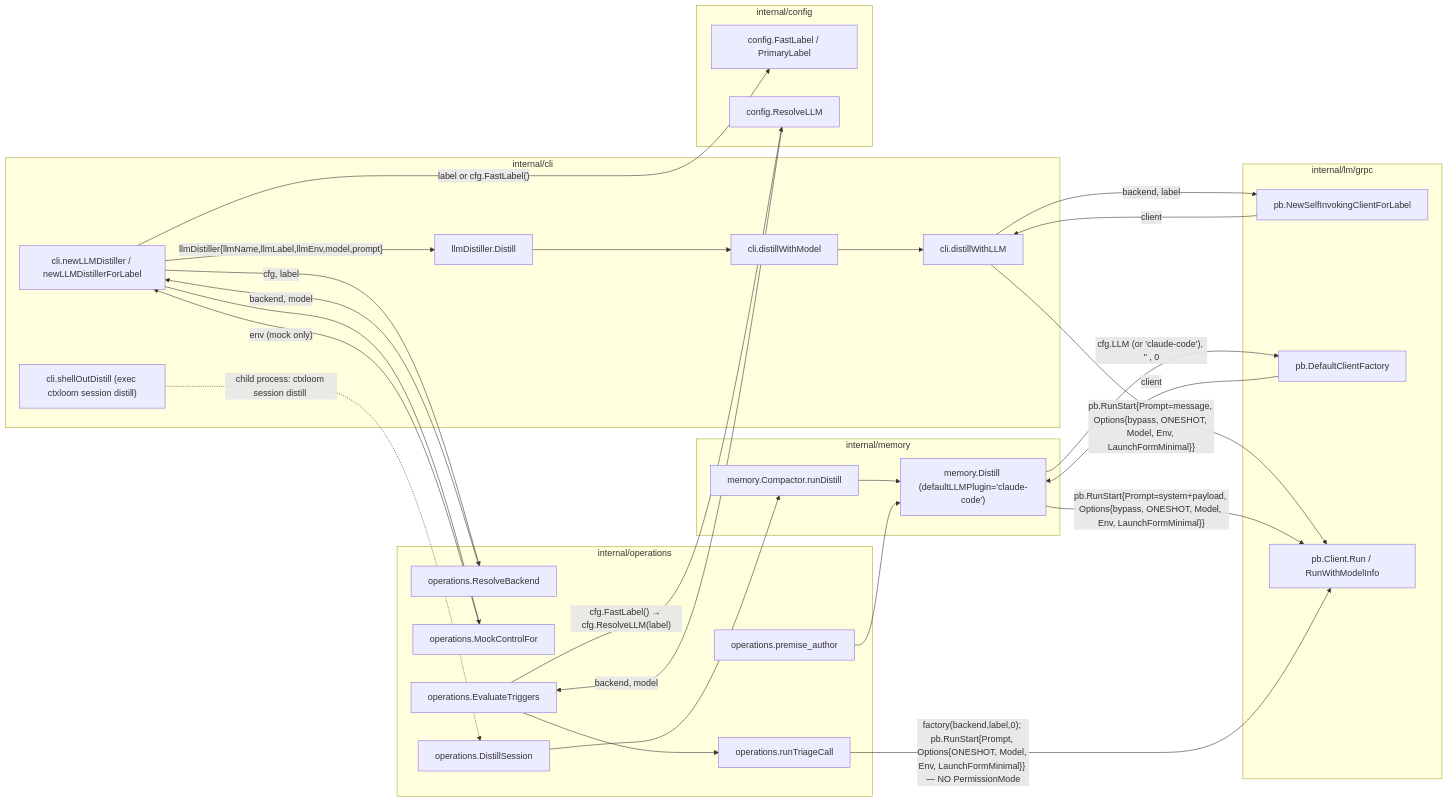
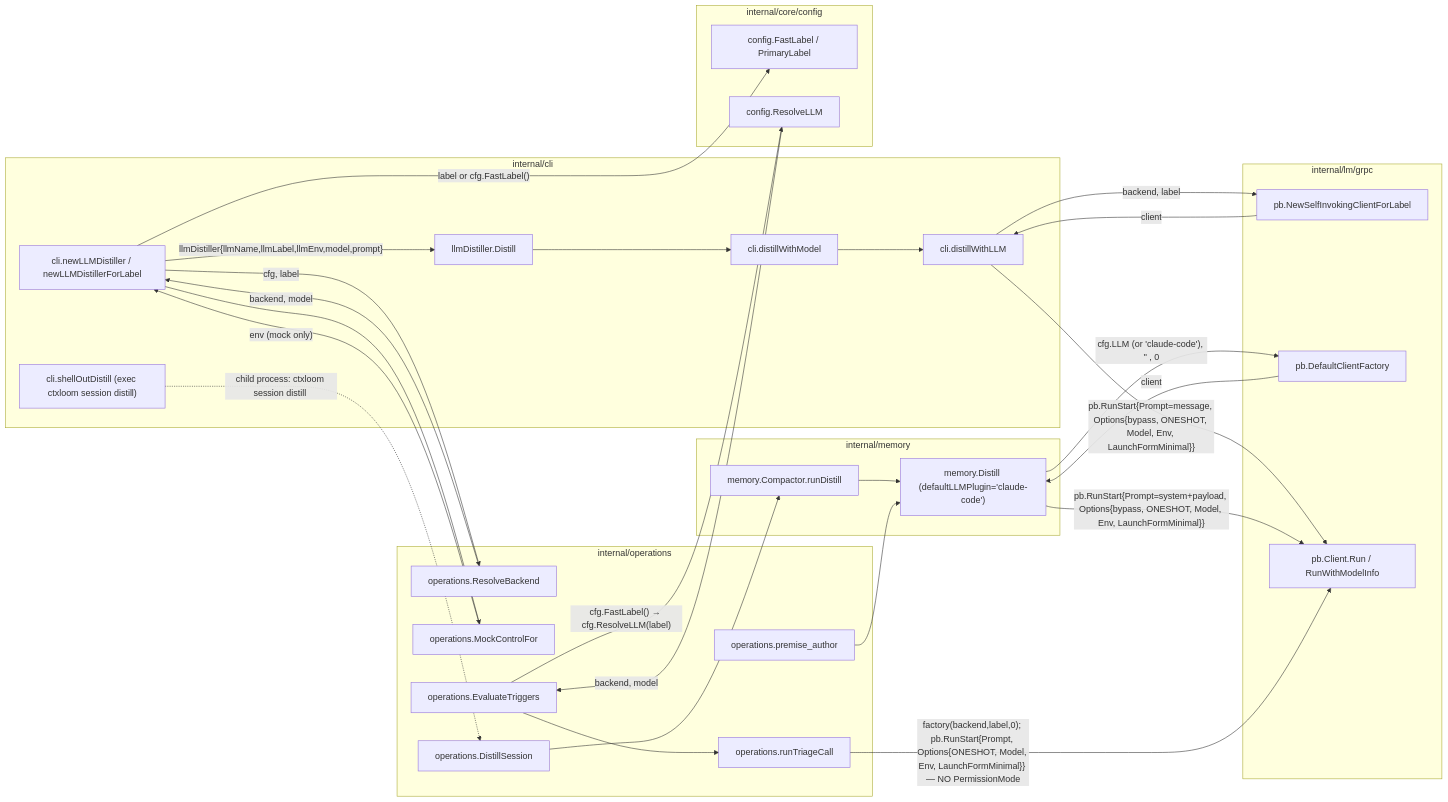
The sixth of 9 diagrams in docs/architecture/audit-2026-09-18/01-launch-paths.md (ctxloom/ctxloom), drawn with Mermaid before and after one commit. The commit also changed other lines of this file and 1836 other files, not shown here.

First line of the commit message:
refactor(arch): move the core ring into internal/core

````diff
--- a/docs/architecture/audit-2026-09-18/01-launch-paths.md
+++ b/docs/architecture/audit-2026-09-18/01-launch-paths.md
@@ -480,45 +480,45 @@
 ```mermaid
 flowchart LR
   subgraph cli["internal/cli"]
     newLLMD["cli.newLLMDistiller / newLLMDistillerForLabel"]
     Distill["llmDistiller.Distill"]
     dwm["cli.distillWithModel"]
     dwl["cli.distillWithLLM"]
     shellOut["cli.shellOutDistill (exec ctxloom session distill)"]
   end
   subgraph operations["internal/operations"]
     ResolveBackend["operations.ResolveBackend"]
     MockControl["operations.MockControlFor"]
     DistillSession["operations.DistillSession"]
     premise["operations.premise_author"]
     EvalTrig["operations.EvaluateTriggers"]
     triage["operations.runTriageCall"]
   end
   subgraph memory["internal/memory"]
     Compactor["memory.Compactor.runDistill"]
     MDistill["memory.Distill (defaultLLMPlugin='claude-code')"]
   end
-  subgraph config["internal/config"]
+  subgraph config["internal/core/config"]
     FastLabel["config.FastLabel / PrimaryLabel"]
     ResolveLLM["config.ResolveLLM"]
   end
   subgraph grpc["internal/lm/grpc"]
     NewSelf["pb.NewSelfInvokingClientForLabel"]
     DefaultF["pb.DefaultClientFactory"]
     Run["pb.Client.Run / RunWithModelInfo"]
   end
 
   newLLMD -- "label or cfg.FastLabel()" --> FastLabel
   newLLMD -- "cfg, label" --> ResolveBackend -- "backend, model" --> newLLMD
   newLLMD --> MockControl -- "env (mock only)" --> newLLMD
   newLLMD -- "llmDistiller{llmName,llmLabel,llmEnv,model,prompt}" --> Distill --> dwm --> dwl
   dwl -- "backend, label" --> NewSelf -- "client" --> dwl
   dwl -- "pb.RunStart{Prompt=message, Options{bypass, ONESHOT, Model, Env, LaunchFormMinimal}}" --> Run
   shellOut -. "child process: ctxloom session distill <harp>" .-> DistillSession
   DistillSession --> Compactor --> MDistill
   premise --> MDistill
   MDistill -- "cfg.LLM (or 'claude-code'), '' , 0" --> DefaultF -- "client" --> MDistill
   MDistill -- "pb.RunStart{Prompt=system+payload, Options{bypass, ONESHOT, Model, Env, LaunchFormMinimal}}" --> Run
   EvalTrig -- "cfg.FastLabel() → cfg.ResolveLLM(label)" --> ResolveLLM -- "backend, model" --> EvalTrig
   EvalTrig --> triage -- "factory(backend,label,0); pb.RunStart{Prompt, Options{ONESHOT, Model, Env, LaunchFormMinimal}} — NO PermissionMode" --> Run
 ```
````
